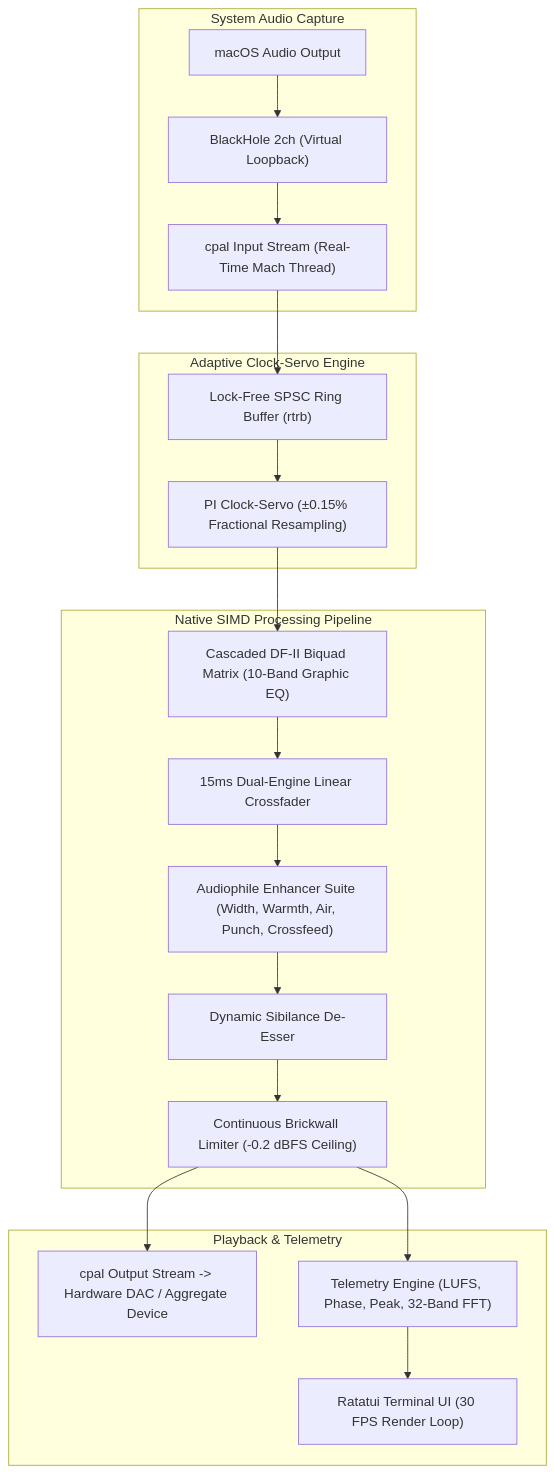
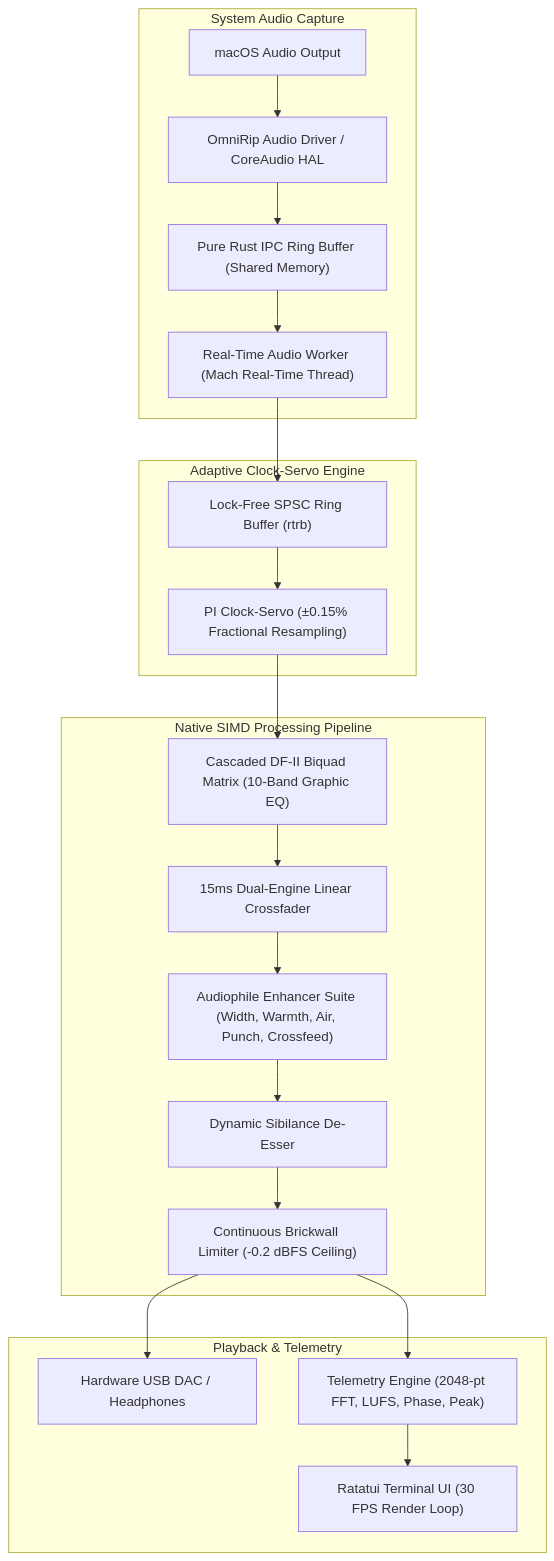
One commit to abdullah-binmadhi/OmniRip changed the diagram in README.md. Above: the diagram before and after it, drawn with Mermaid. The commit also changed other lines of this file and 28 other files, not shown here.

First line of the commit message:
feat: implement virtual audio driver, preset manager, spectrum overhaul, and update docs

````diff
--- a/README.md
+++ b/README.md
@@ -67,26 +81,27 @@
 ```mermaid
 graph TD
     subgraph CAP["System Audio Capture"]
-        SYS["macOS Audio Output"] --> BH["BlackHole 2ch (Virtual Loopback)"]
-        BH --> CPAL_IN["cpal Input Stream (Real-Time Mach Thread)"]
+        SYS["macOS Audio Output"] --> DRV["OmniRip Audio Driver / CoreAudio HAL"]
+        DRV --> IPC["Pure Rust IPC Ring Buffer (Shared Memory)"]
+        IPC --> RT_IN["Real-Time Audio Worker (Mach Real-Time Thread)"]
     end
 
     subgraph SERVO["Adaptive Clock-Servo Engine"]
-        CPAL_IN --> RTRB["Lock-Free SPSC Ring Buffer (rtrb)"]
+        RT_IN --> RTRB["Lock-Free SPSC Ring Buffer (rtrb)"]
         RTRB --> PI["PI Clock-Servo (±0.15% Fractional Resampling)"]
     end
 
     subgraph DSP["Native SIMD Processing Pipeline"]
         PI --> BIQUAD["Cascaded DF-II Biquad Matrix (10-Band Graphic EQ)"]
         BIQUAD --> CROSS["15ms Dual-Engine Linear Crossfader"]
         CROSS --> ENH["Audiophile Enhancer Suite (Width, Warmth, Air, Punch, Crossfeed)"]
         ENH --> DEESS["Dynamic Sibilance De-Esser"]
         DEESS --> LIM["Continuous Brickwall Limiter (-0.2 dBFS Ceiling)"]
     end
 
     subgraph OUT["Playback & Telemetry"]
-        LIM --> CPAL_OUT["cpal Output Stream -> Hardware DAC / Aggregate Device"]
-        LIM --> TELEM["Telemetry Engine (LUFS, Phase, Peak, 32-Band FFT)"]
+        LIM --> DAC_OUT["Hardware USB DAC / Headphones"]
+        LIM --> TELEM["Telemetry Engine (2048-pt FFT, LUFS, Phase, Peak)"]
         TELEM --> TUI["Ratatui Terminal UI (30 FPS Render Loop)"]
     end
 ```
````
